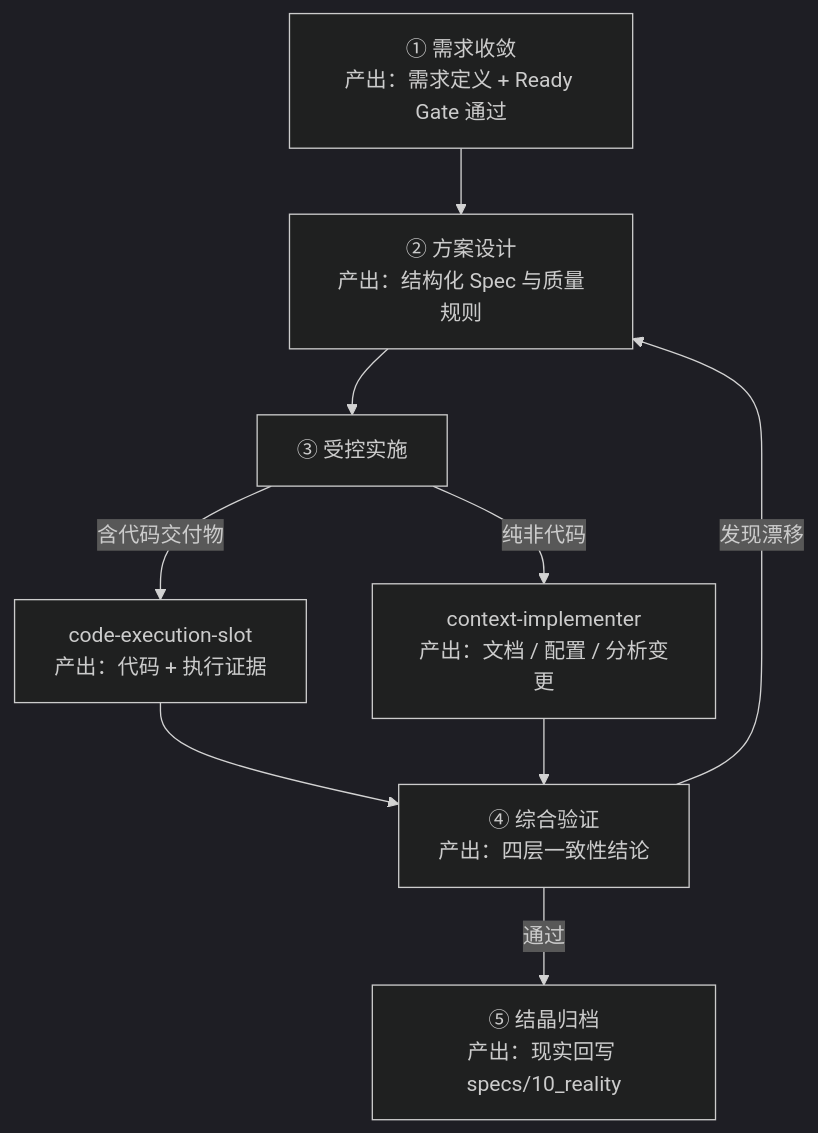
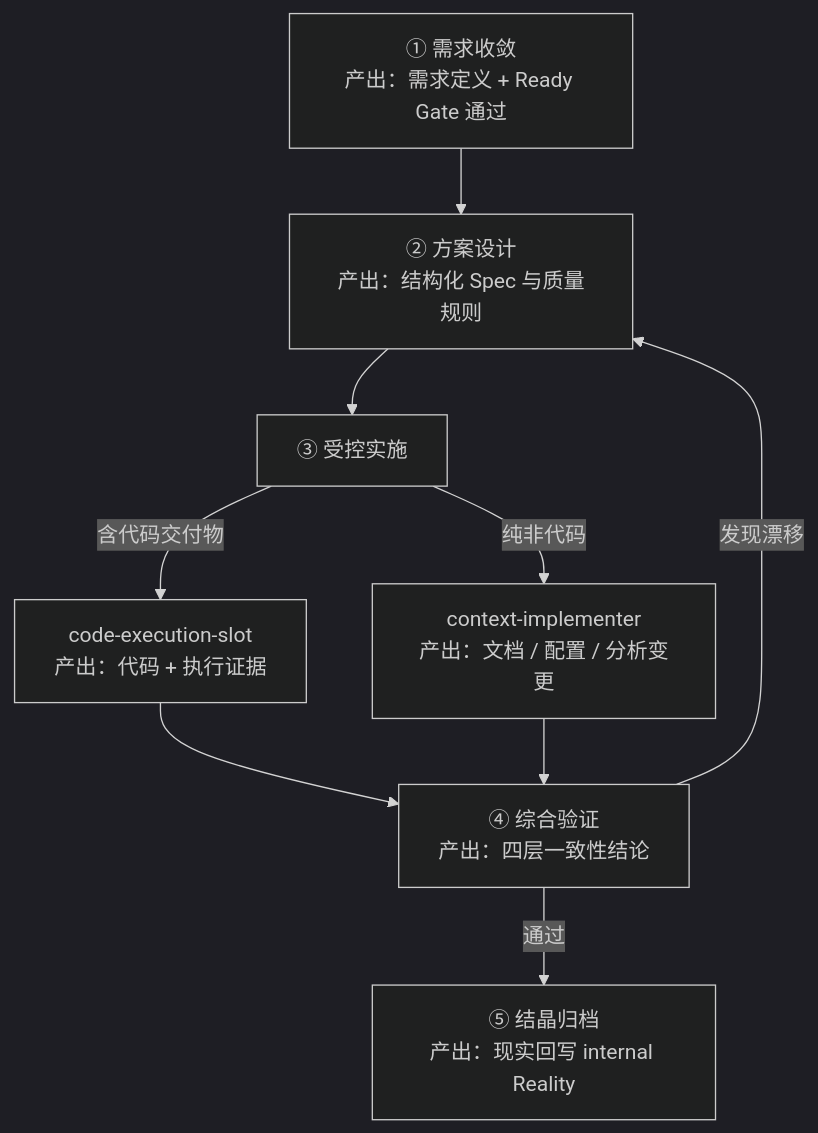
One commit to Idea-Maglev/maglev changed the first of 3 diagrams in docs/wiki/evaluator/lifecycle-and-governance.md. Above: the diagram before and after it, drawn with Mermaid (dark theme). The commit also changed other lines of this file and 59 other files, not shown here.

````diff
--- a/docs/wiki/evaluator/lifecycle-and-governance.md
+++ b/docs/wiki/evaluator/lifecycle-and-governance.md
@@ -20,11 +20,11 @@
 ```mermaid
 flowchart TD
     A["① 需求收敛<br/>产出：需求定义 + Ready Gate 通过"] --> B["② 方案设计<br/>产出：结构化 Spec 与质量规则"]
     B --> C["③ 受控实施"]
     C -->|"含代码交付物"| C1["code-execution-slot<br/>产出：代码 + 执行证据"]
     C -->|"纯非代码"| C2["context-implementer<br/>产出：文档 / 配置 / 分析变更"]
     C1 --> D["④ 综合验证<br/>产出：四层一致性结论"]
     C2 --> D
-    D -->|"通过"| E["⑤ 结晶归档<br/>产出：现实回写 specs/10_reality"]
+    D -->|"通过"| E["⑤ 结晶归档<br/>产出：现实回写 internal Reality"]
     D -->|"发现漂移"| B
 ```
````
